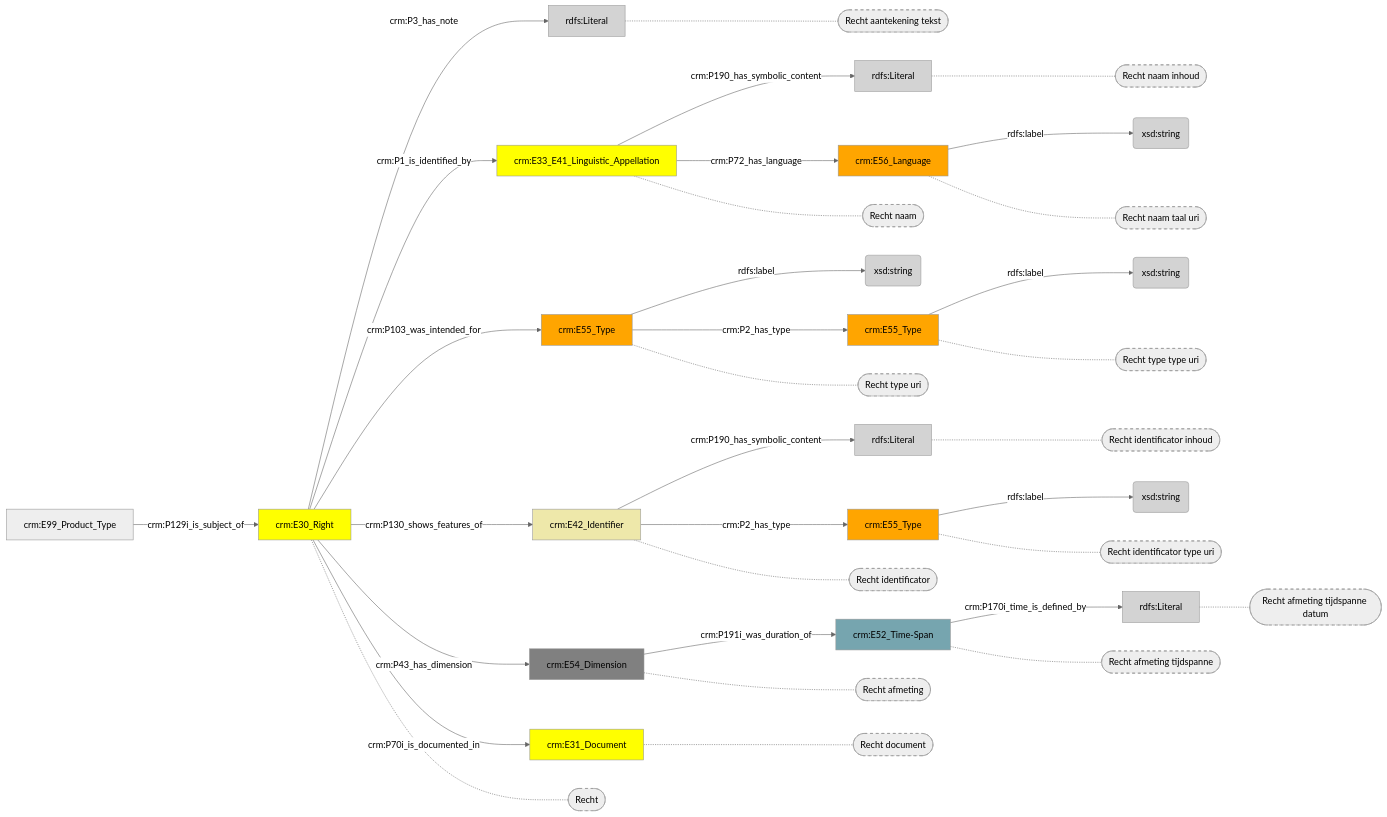
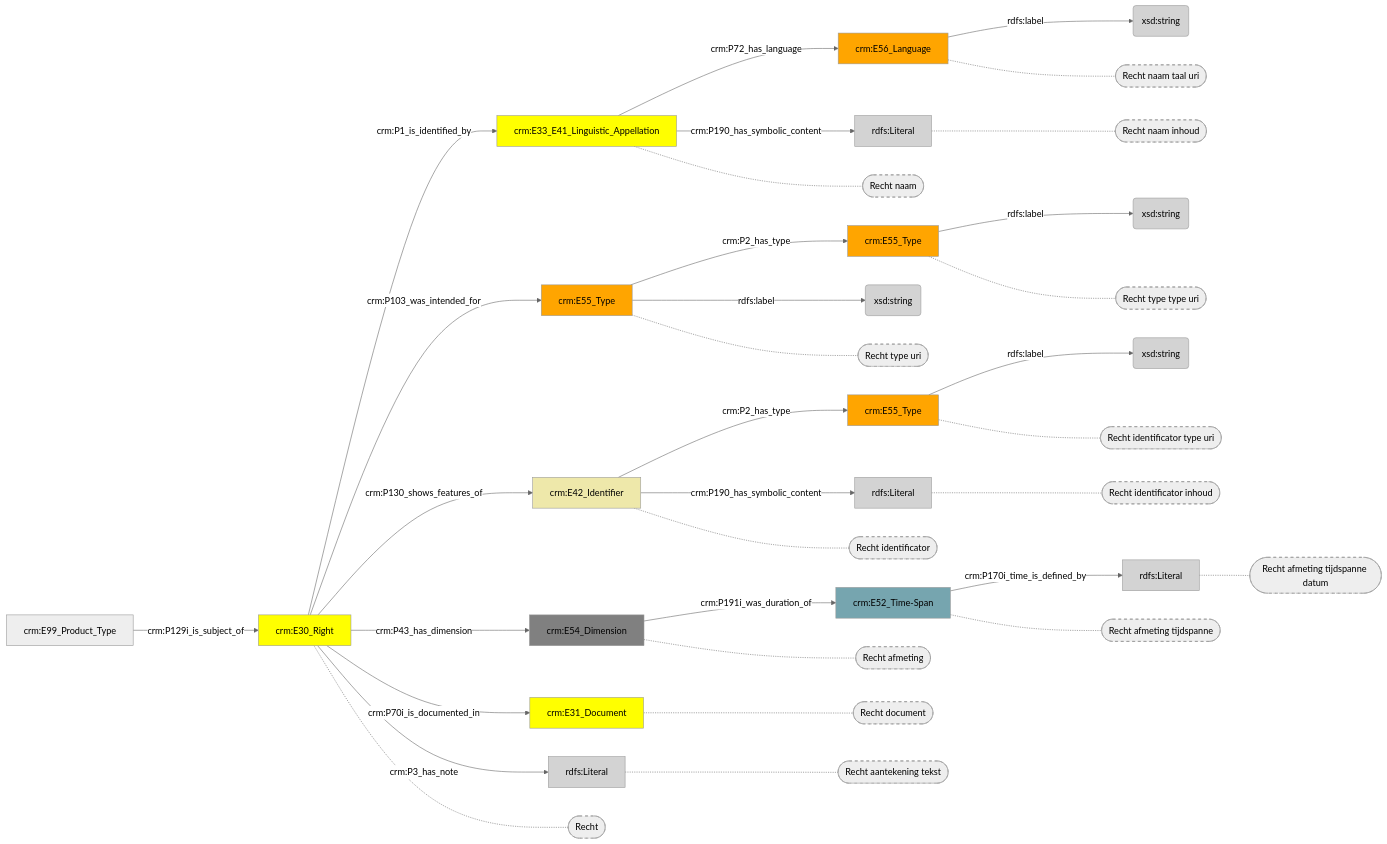
Before and after one commit to digipolisantwerpdocumentation/antwerp-cultureel-erfgoed: the diagram in docs/content/modellen/ProductSeries/Rechten.md, drawn with Mermaid (neutral theme). The commit also changed other lines of this file and 173 other files, not shown here.

````diff
--- a/docs/content/modellen/ProductSeries/Rechten.md
+++ b/docs/content/modellen/ProductSeries/Rechten.md
@@ -1,67 +1,67 @@
 ```mermaid
 graph LR
-9688c9f4-522b-11ee-bc5c-00163e71351b["crm:E30_Right"]-->|"crm:P3_has_note"|9688df0c-522b-11ee-bc5c-00163e71351b(rdfs:Literal)
-9688ce0e-522b-11ee-bc5c-00163e71351b["crm:E55_Type"]-->|"rdfs:label"|9688e48e-522b-11ee-bc5c-00163e71351b(xsd:string)
-9688d0f2-522b-11ee-bc5c-00163e71351b["crm:E42_Identifier"]-->|"crm:P190_has_symbolic_content"|9688dc46-522b-11ee-bc5c-00163e71351b(rdfs:Literal)
-9688d98a-522b-11ee-bc5c-00163e71351b["crm:E55_Type"]-->|"rdfs:label"|9688e1d2-522b-11ee-bc5c-00163e71351b(xsd:string)
-9688db60-522b-11ee-bc5c-00163e71351b["crm:E55_Type"]-->|"rdfs:label"|9688dd36-522b-11ee-bc5c-00163e71351b(xsd:string)
-9688de26-522b-11ee-bc5c-00163e71351b["crm:E33_E41_Linguistic_Appellation"]-->|"crm:P190_has_symbolic_content"|9688e772-522b-11ee-bc5c-00163e71351b(rdfs:Literal)
-9688e664-522b-11ee-bc5c-00163e71351b["crm:E52_Time-Span"]-->|"crm:P170i_time_is_defined_by"|a1f2aa78-56bb-11ee-b0c4-00163e71351b(rdfs:Literal)
-9688e862-522b-11ee-bc5c-00163e71351b["crm:E56_Language"]-->|"rdfs:label"|9688e2b8-522b-11ee-bc5c-00163e71351b(xsd:string)
 4d27c45e-522b-11ee-974d-00163e71351b["crm:E99_Product_Type"]-->|"crm:P129i_is_subject_of"|9688c9f4-522b-11ee-bc5c-00163e71351b["crm:E30_Right"]
 9688c9f4-522b-11ee-bc5c-00163e71351b["crm:E30_Right"]-->|"crm:P1_is_identified_by"|9688de26-522b-11ee-bc5c-00163e71351b["crm:E33_E41_Linguistic_Appellation"]
 9688c9f4-522b-11ee-bc5c-00163e71351b["crm:E30_Right"]-->|"crm:P103_was_intended_for"|9688ce0e-522b-11ee-bc5c-00163e71351b["crm:E55_Type"]
 9688c9f4-522b-11ee-bc5c-00163e71351b["crm:E30_Right"]-->|"crm:P130_shows_features_of"|9688d0f2-522b-11ee-bc5c-00163e71351b["crm:E42_Identifier"]
 9688c9f4-522b-11ee-bc5c-00163e71351b["crm:E30_Right"]-->|"crm:P43_has_dimension"|9688e574-522b-11ee-bc5c-00163e71351b["crm:E54_Dimension"]
 9688c9f4-522b-11ee-bc5c-00163e71351b["crm:E30_Right"]-->|"crm:P70i_is_documented_in"|9688dff2-522b-11ee-bc5c-00163e71351b["crm:E31_Document"]
 9688ce0e-522b-11ee-bc5c-00163e71351b["crm:E55_Type"]-->|"crm:P2_has_type"|9688d98a-522b-11ee-bc5c-00163e71351b["crm:E55_Type"]
 9688d0f2-522b-11ee-bc5c-00163e71351b["crm:E42_Identifier"]-->|"crm:P2_has_type"|9688db60-522b-11ee-bc5c-00163e71351b["crm:E55_Type"]
 9688de26-522b-11ee-bc5c-00163e71351b["crm:E33_E41_Linguistic_Appellation"]-->|"crm:P72_has_language"|9688e862-522b-11ee-bc5c-00163e71351b["crm:E56_Language"]
 9688e574-522b-11ee-bc5c-00163e71351b["crm:E54_Dimension"]-->|"crm:P191i_was_duration_of"|9688e664-522b-11ee-bc5c-00163e71351b["crm:E52_Time-Span"]
+9688c9f4-522b-11ee-bc5c-00163e71351b["crm:E30_Right"]-->|"crm:P3_has_note"|9688df0c-522b-11ee-bc5c-00163e71351b(rdfs:Literal)
+9688ce0e-522b-11ee-bc5c-00163e71351b["crm:E55_Type"]-->|"rdfs:label"|9688e48e-522b-11ee-bc5c-00163e71351b(xsd:string)
+9688d0f2-522b-11ee-bc5c-00163e71351b["crm:E42_Identifier"]-->|"crm:P190_has_symbolic_content"|9688dc46-522b-11ee-bc5c-00163e71351b(rdfs:Literal)
+9688d98a-522b-11ee-bc5c-00163e71351b["crm:E55_Type"]-->|"rdfs:label"|9688e1d2-522b-11ee-bc5c-00163e71351b(xsd:string)
+9688db60-522b-11ee-bc5c-00163e71351b["crm:E55_Type"]-->|"rdfs:label"|9688dd36-522b-11ee-bc5c-00163e71351b(xsd:string)
+9688de26-522b-11ee-bc5c-00163e71351b["crm:E33_E41_Linguistic_Appellation"]-->|"crm:P190_has_symbolic_content"|9688e772-522b-11ee-bc5c-00163e71351b(rdfs:Literal)
+9688e664-522b-11ee-bc5c-00163e71351b["crm:E52_Time-Span"]-->|"crm:P170i_time_is_defined_by"|a1f2aa78-56bb-11ee-b0c4-00163e71351b(rdfs:Literal)
+9688e862-522b-11ee-bc5c-00163e71351b["crm:E56_Language"]-->|"rdfs:label"|9688e2b8-522b-11ee-bc5c-00163e71351b(xsd:string)
+style 9688c9f4-522b-11ee-bc5c-00163e71351b_s stroke-dasharray: 5
+style 9688de26-522b-11ee-bc5c-00163e71351b_s stroke-dasharray: 5
+style 9688ce0e-522b-11ee-bc5c-00163e71351b_s stroke-dasharray: 5
+style 9688d0f2-522b-11ee-bc5c-00163e71351b_s stroke-dasharray: 5
+style 9688df0c-522b-11ee-bc5c-00163e71351b_s stroke-dasharray: 5
+style 9688e574-522b-11ee-bc5c-00163e71351b_s stroke-dasharray: 5
+style 9688dff2-522b-11ee-bc5c-00163e71351b_s stroke-dasharray: 5
+style 9688d98a-522b-11ee-bc5c-00163e71351b_s stroke-dasharray: 5
+style 9688dc46-522b-11ee-bc5c-00163e71351b_s stroke-dasharray: 5
+style 9688db60-522b-11ee-bc5c-00163e71351b_s stroke-dasharray: 5
+style 9688e772-522b-11ee-bc5c-00163e71351b_s stroke-dasharray: 5
+style 9688e862-522b-11ee-bc5c-00163e71351b_s stroke-dasharray: 5
+style 9688e664-522b-11ee-bc5c-00163e71351b_s stroke-dasharray: 5
+style a1f2aa78-56bb-11ee-b0c4-00163e71351b_s stroke-dasharray: 5
 9688c9f4-522b-11ee-bc5c-00163e71351b["crm:E30_Right"]-.-9688c9f4-522b-11ee-bc5c-00163e71351b_s(["Recht"])
 9688de26-522b-11ee-bc5c-00163e71351b["crm:E33_E41_Linguistic_Appellation"]-.-9688de26-522b-11ee-bc5c-00163e71351b_s(["Recht naam"])
 9688ce0e-522b-11ee-bc5c-00163e71351b["crm:E55_Type"]-.-9688ce0e-522b-11ee-bc5c-00163e71351b_s(["Recht type uri"])
 9688d0f2-522b-11ee-bc5c-00163e71351b["crm:E42_Identifier"]-.-9688d0f2-522b-11ee-bc5c-00163e71351b_s(["Recht identificator"])
 9688df0c-522b-11ee-bc5c-00163e71351b["rdfs:Literal"]-.-9688df0c-522b-11ee-bc5c-00163e71351b_s(["Recht aantekening tekst"])
 9688e574-522b-11ee-bc5c-00163e71351b["crm:E54_Dimension"]-.-9688e574-522b-11ee-bc5c-00163e71351b_s(["Recht afmeting"])
 9688dff2-522b-11ee-bc5c-00163e71351b["crm:E31_Document"]-.-9688dff2-522b-11ee-bc5c-00163e71351b_s(["Recht document"])
 9688d98a-522b-11ee-bc5c-00163e71351b["crm:E55_Type"]-.-9688d98a-522b-11ee-bc5c-00163e71351b_s(["Recht type type uri"])
 9688dc46-522b-11ee-bc5c-00163e71351b["rdfs:Literal"]-.-9688dc46-522b-11ee-bc5c-00163e71351b_s(["Recht identificator inhoud"])
 9688db60-522b-11ee-bc5c-00163e71351b["crm:E55_Type"]-.-9688db60-522b-11ee-bc5c-00163e71351b_s(["Recht identificator type uri"])
 9688e772-522b-11ee-bc5c-00163e71351b["rdfs:Literal"]-.-9688e772-522b-11ee-bc5c-00163e71351b_s(["Recht naam inhoud"])
 9688e862-522b-11ee-bc5c-00163e71351b["crm:E56_Language"]-.-9688e862-522b-11ee-bc5c-00163e71351b_s(["Recht naam taal uri"])
 9688e664-522b-11ee-bc5c-00163e71351b["crm:E52_Time-Span"]-.-9688e664-522b-11ee-bc5c-00163e71351b_s(["Recht afmeting tijdspanne"])
 a1f2aa78-56bb-11ee-b0c4-00163e71351b["rdfs:Literal"]-.-a1f2aa78-56bb-11ee-b0c4-00163e71351b_s(["Recht afmeting tijdspanne datum"])
-style 9688c9f4-522b-11ee-bc5c-00163e71351b_s stroke-dasharray: 5
-style 9688de26-522b-11ee-bc5c-00163e71351b_s stroke-dasharray: 5
-style 9688ce0e-522b-11ee-bc5c-00163e71351b_s stroke-dasharray: 5
-style 9688d0f2-522b-11ee-bc5c-00163e71351b_s stroke-dasharray: 5
-style 9688df0c-522b-11ee-bc5c-00163e71351b_s stroke-dasharray: 5
-style 9688e574-522b-11ee-bc5c-00163e71351b_s stroke-dasharray: 5
-style 9688dff2-522b-11ee-bc5c-00163e71351b_s stroke-dasharray: 5
-style 9688d98a-522b-11ee-bc5c-00163e71351b_s stroke-dasharray: 5
-style 9688dc46-522b-11ee-bc5c-00163e71351b_s stroke-dasharray: 5
-style 9688db60-522b-11ee-bc5c-00163e71351b_s stroke-dasharray: 5
-style 9688e772-522b-11ee-bc5c-00163e71351b_s stroke-dasharray: 5
-style 9688e862-522b-11ee-bc5c-00163e71351b_s stroke-dasharray: 5
-style 9688e664-522b-11ee-bc5c-00163e71351b_s stroke-dasharray: 5
-style a1f2aa78-56bb-11ee-b0c4-00163e71351b_s stroke-dasharray: 5
 style 9688c9f4-522b-11ee-bc5c-00163e71351b fill:#ffff00
 style 9688ce0e-522b-11ee-bc5c-00163e71351b fill:#ffa500
 style 9688d0f2-522b-11ee-bc5c-00163e71351b fill:#EEE8AA
 style 9688d98a-522b-11ee-bc5c-00163e71351b fill:#ffa500
 style 9688db60-522b-11ee-bc5c-00163e71351b fill:#ffa500
 style 9688dc46-522b-11ee-bc5c-00163e71351b fill:#D3D3D3
 style 9688dd36-522b-11ee-bc5c-00163e71351b fill:#D3D3D3
 style 9688de26-522b-11ee-bc5c-00163e71351b fill:#ffff00
 style 9688df0c-522b-11ee-bc5c-00163e71351b fill:#D3D3D3
 style 9688dff2-522b-11ee-bc5c-00163e71351b fill:#ffff00
 style 9688e1d2-522b-11ee-bc5c-00163e71351b fill:#D3D3D3
 style 9688e2b8-522b-11ee-bc5c-00163e71351b fill:#D3D3D3
 style 9688e48e-522b-11ee-bc5c-00163e71351b fill:#D3D3D3
 style 9688e574-522b-11ee-bc5c-00163e71351b fill:#808080
 style 9688e664-522b-11ee-bc5c-00163e71351b fill:#76A5AF
 style 9688e772-522b-11ee-bc5c-00163e71351b fill:#D3D3D3
 style 9688e862-522b-11ee-bc5c-00163e71351b fill:#ffa500
 style a1f2aa78-56bb-11ee-b0c4-00163e71351b fill:#D3D3D3
 ```
````
